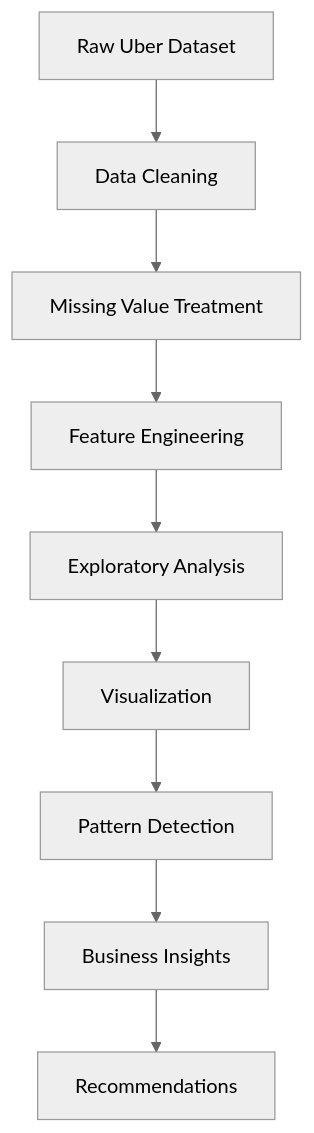
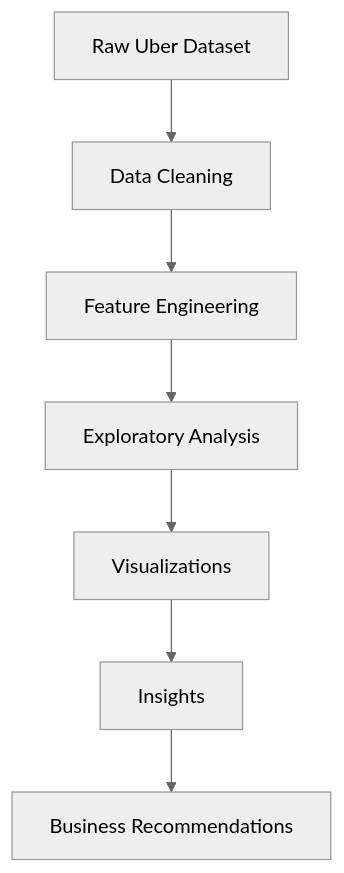
Before and after one commit to geershatisaxena/Uber-Data-Analysis: the diagram in README.md, drawn with Mermaid (neutral theme). The commit also changed other lines of this file, not shown here.

````diff
--- a/README.md
+++ b/README.md
@@ -295,20 +174,16 @@
 ```mermaid
 flowchart TD
 
 A[Raw Uber Dataset]
--->B[Data Cleaning]
+--> B[Data Cleaning]
 
-B-->C[Missing Value Treatment]
+B --> C[Feature Engineering]
 
-C-->D[Feature Engineering]
+C --> D[Exploratory Analysis]
 
-D-->E[Exploratory Analysis]
+D --> E[Visualizations]
 
-E-->F[Visualization]
+E --> F[Insights]
 
-F-->G[Pattern Detection]
-
-G-->H[Business Insights]
-
-H-->I[Recommendations]
+F --> G[Business Recommendations]
 ```
````
